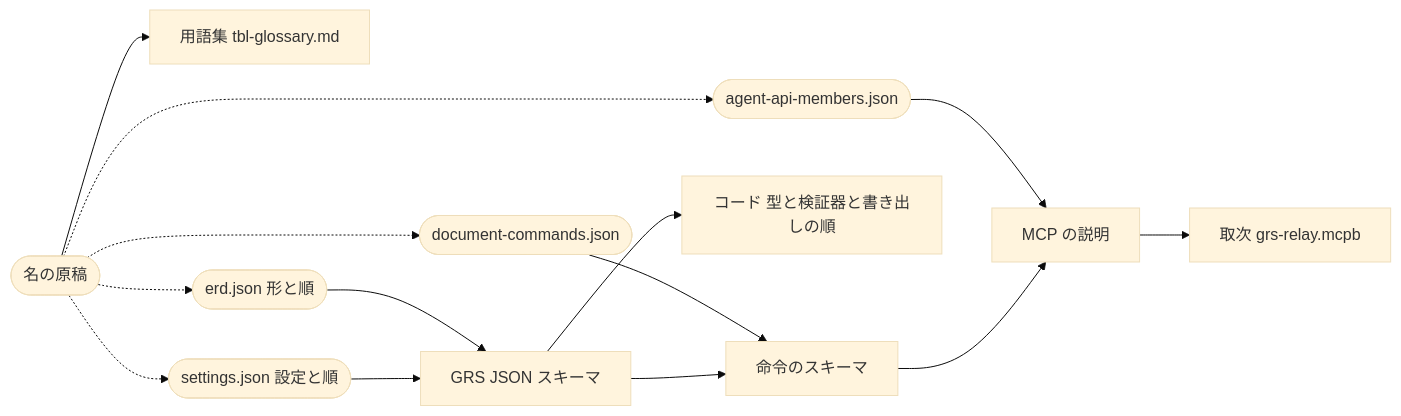
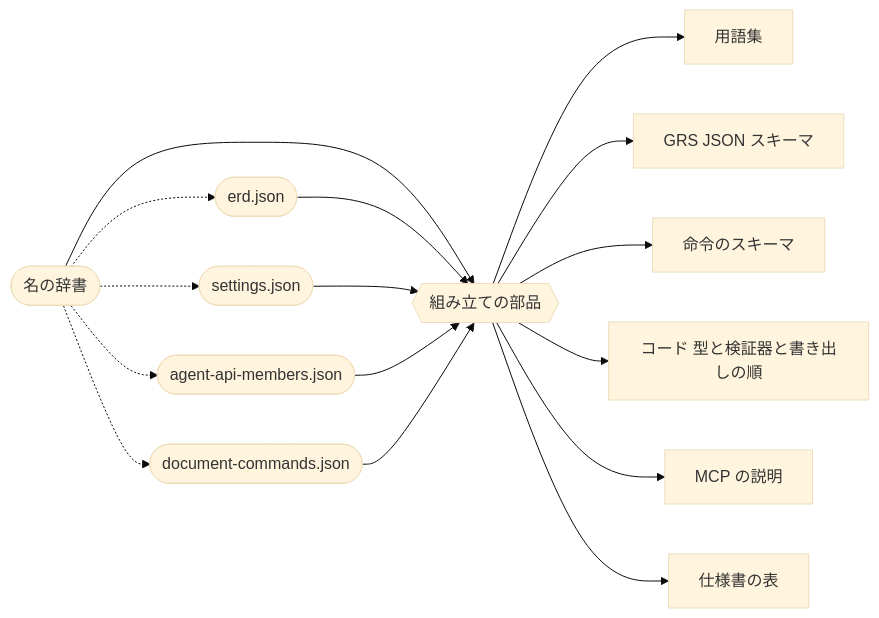
One commit to GoodRelax/gr-scheduler changed the first of 2 diagrams in studies/76-grs-json-beta-shape/terms/12-ssot-questions.md. Above: the diagram before and after it, drawn with Mermaid (base theme). The commit also changed other lines of this file and 3 other files, not shown here.

````diff
--- a/studies/76-grs-json-beta-shape/terms/12-ssot-questions.md
+++ b/studies/76-grs-json-beta-shape/terms/12-ssot-questions.md
@@ -40,16 +48,18 @@
 ```mermaid
 graph LR
-  names([名の原稿]) --> glo[用語集 tbl-glossary.md]
-  names -.-> erd([erd.json 形と順])
-  names -.-> set([settings.json 設定と順])
-  names -.-> api([agent-api-members.json])
-  names -.-> cmd([document-commands.json])
-  erd --> schema[GRS JSON スキーマ]
-  set --> schema
-  schema --> code[コード 型と検証器と書き出しの順]
-  cmd --> cschema[命令のスキーマ]
-  schema --> cschema
-  api --> mcp[MCP の説明]
-  cschema --> mcp
-  mcp --> relay[取次 grs-relay.mcpb]
+  dict([名の辞書]) -.-> erd([erd.json])
+  dict -.-> set([settings.json])
+  dict -.-> api([agent-api-members.json])
+  dict -.-> cmd([document-commands.json])
+  dict --> asm{{組み立ての部品}}
+  erd --> asm
+  set --> asm
+  api --> asm
+  cmd --> asm
+  asm --> glo[用語集]
+  asm --> schema[GRS JSON スキーマ]
+  asm --> cschema[命令のスキーマ]
+  asm --> code[コード 型と検証器と書き出しの順]
+  asm --> mcp[MCP の説明]
+  asm --> tables[仕様書の表]
 ```
````
